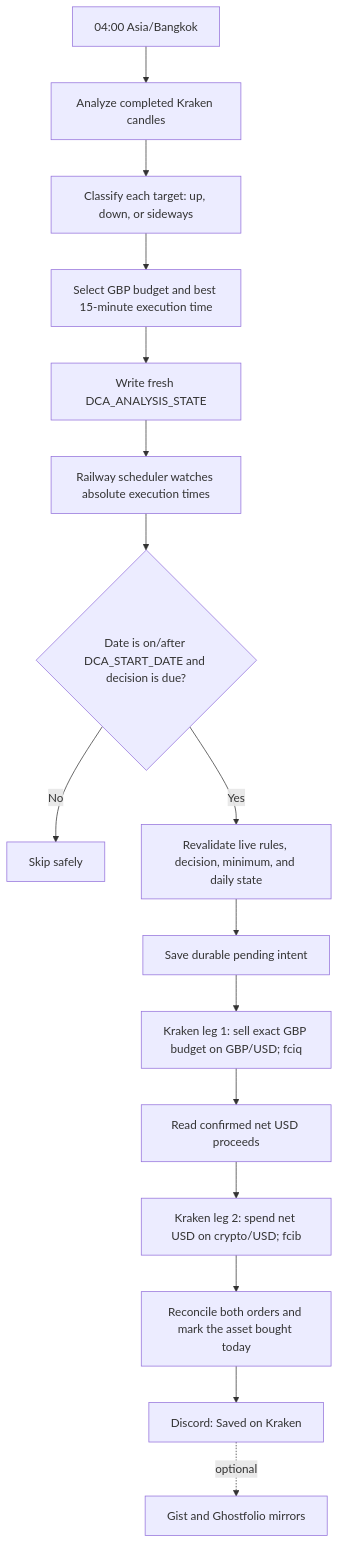
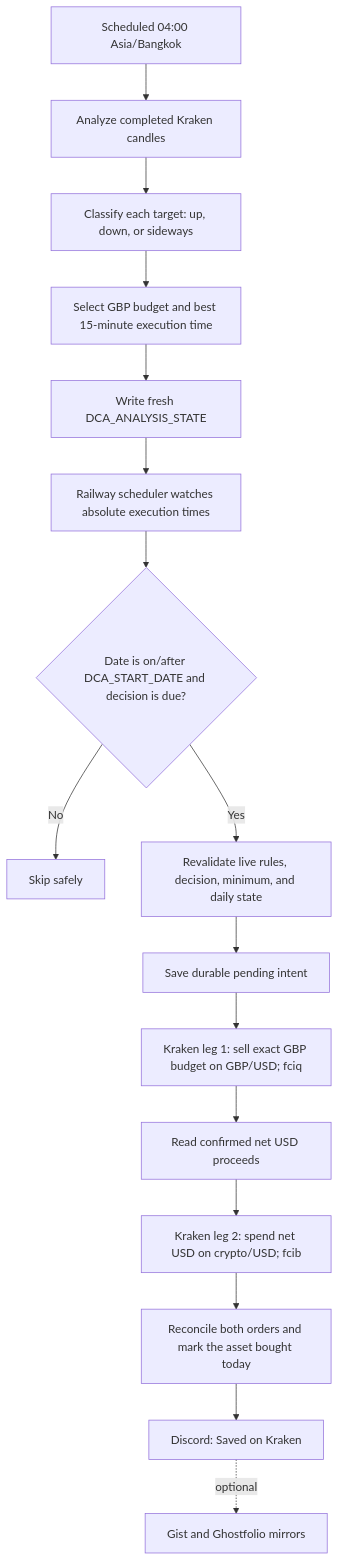
One commit to aesscialo-bot/DCA-Bot changed the first of 2 diagrams in README.md. Above: the diagram before and after it, drawn with Mermaid. The commit also changed other lines of this file and 1 other file, not shown here.

````diff
--- a/README.md
+++ b/README.md
@@ -62,18 +65,18 @@
 ```mermaid
 flowchart TD
-    A["04:00 Asia/Bangkok"] --> B["Analyze completed Kraken candles"]
+    A["Scheduled 04:00 Asia/Bangkok"] --> B["Analyze completed Kraken candles"]
     B --> C["Classify each target: up, down, or sideways"]
     C --> D["Select GBP budget and best 15-minute execution time"]
     D --> E["Write fresh DCA_ANALYSIS_STATE"]
     E --> F["Railway scheduler watches absolute execution times"]
     F --> G{"Date is on/after DCA_START_DATE and decision is due?"}
     G -- "No" --> H["Skip safely"]
     G -- "Yes" --> I["Revalidate live rules, decision, minimum, and daily state"]
     I --> J["Save durable pending intent"]
     J --> K["Kraken leg 1: sell exact GBP budget on GBP/USD; fciq"]
     K --> L["Read confirmed net USD proceeds"]
     L --> M["Kraken leg 2: spend net USD on crypto/USD; fcib"]
     M --> N["Reconcile both orders and mark the asset bought today"]
     N --> O["Discord: Saved on Kraken"]
     O -. "optional" .-> P["Gist and Ghostfolio mirrors"]
 ```
````
